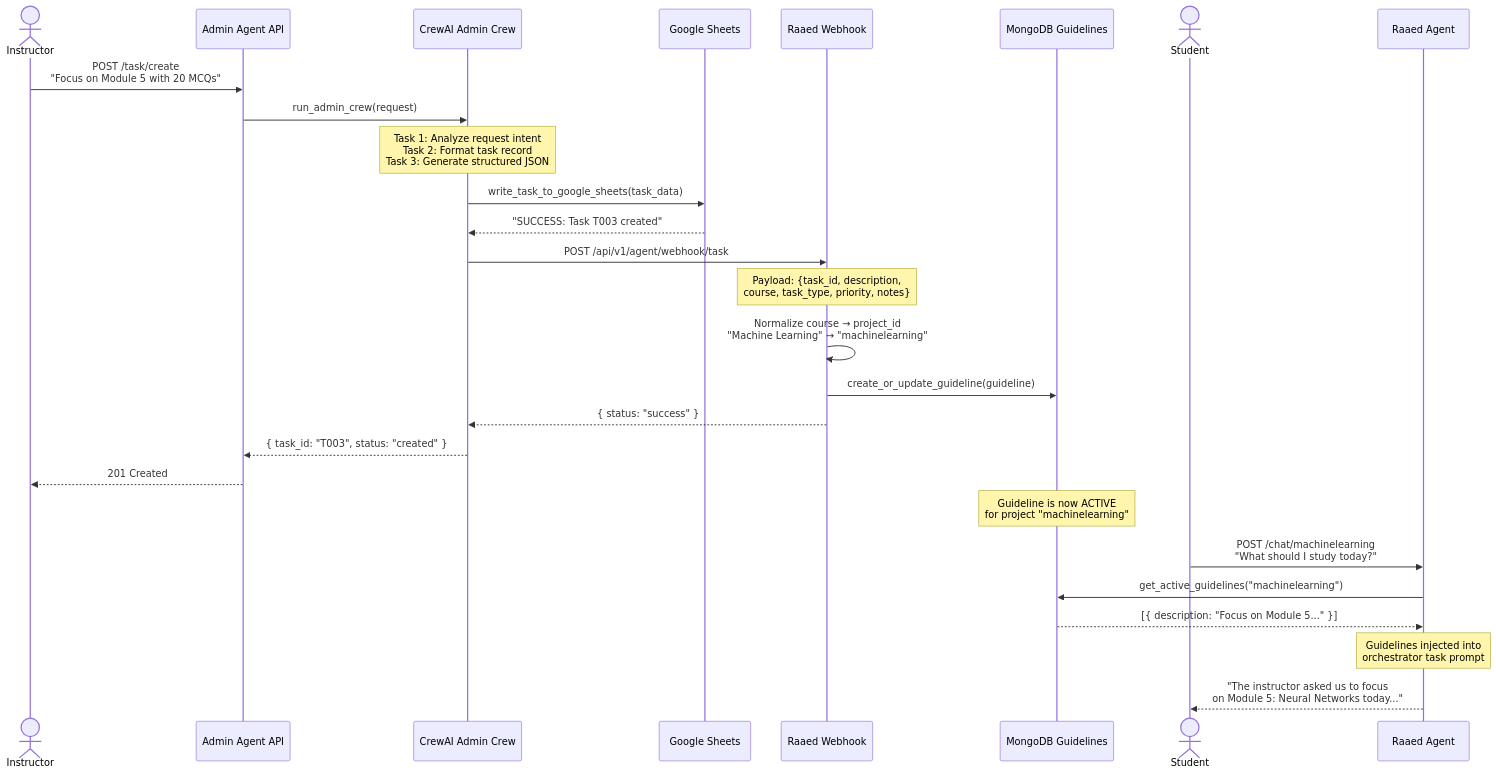
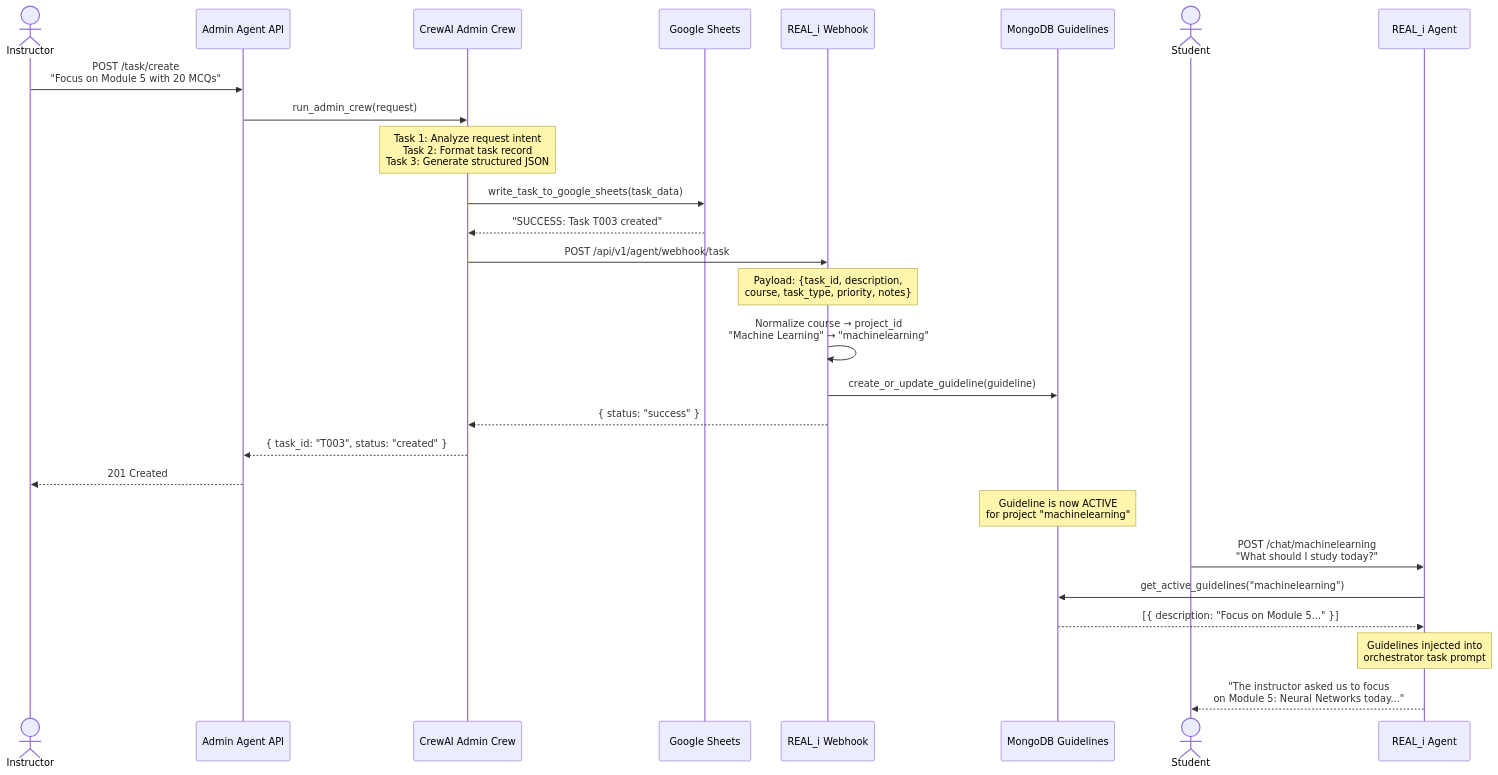
The eighth of 11 diagrams in docs/SYSTEM_DOCUMENTATION.md (Gohar-Hany/real-i-ai-engine), drawn with Mermaid before and after one commit. The commit also changed other lines of this file and 100 other files, not shown here.

````diff
--- a/docs/SYSTEM_DOCUMENTATION.md
+++ b/docs/SYSTEM_DOCUMENTATION.md
@@ -388,40 +388,40 @@
 ```mermaid
 sequenceDiagram
     actor Instructor
     participant ADMIN as Admin Agent API
     participant CREW as CrewAI Admin Crew
     participant GS as Google Sheets
-    participant WH as Raaed Webhook
+    participant WH as REAL_i Webhook
     participant DB as MongoDB Guidelines
     actor Student
-    participant RAAED as Raaed Agent
+    participant REAL_i as REAL_i Agent
 
     Instructor->>ADMIN: POST /task/create<br/>"Focus on Module 5 with 20 MCQs"
 
     ADMIN->>CREW: run_admin_crew(request)
 
     Note over CREW: Task 1: Analyze request intent<br/>Task 2: Format task record<br/>Task 3: Generate structured JSON
 
     CREW->>GS: write_task_to_google_sheets(task_data)
     GS-->>CREW: "SUCCESS: Task T003 created"
 
     CREW->>WH: POST /api/v1/agent/webhook/task
     Note over WH: Payload: {task_id, description,<br/>course, task_type, priority, notes}
 
     WH->>WH: Normalize course → project_id<br/>"Machine Learning" → "machinelearning"
     WH->>DB: create_or_update_guideline(guideline)
     WH-->>CREW: { status: "success" }
 
     CREW-->>ADMIN: { task_id: "T003", status: "created" }
     ADMIN-->>Instructor: 201 Created
 
     Note over DB: Guideline is now ACTIVE<br/>for project "machinelearning"
 
-    Student->>RAAED: POST /chat/machinelearning<br/>"What should I study today?"
-    RAAED->>DB: get_active_guidelines("machinelearning")
-    DB-->>RAAED: [{ description: "Focus on Module 5..." }]
+    Student->>REAL_i: POST /chat/machinelearning<br/>"What should I study today?"
+    REAL_i->>DB: get_active_guidelines("machinelearning")
+    DB-->>REAL_i: [{ description: "Focus on Module 5..." }]
 
-    Note over RAAED: Guidelines injected into<br/>orchestrator task prompt
+    Note over REAL_i: Guidelines injected into<br/>orchestrator task prompt
 
-    RAAED-->>Student: "The instructor asked us to focus<br/>on Module 5: Neural Networks today..."
+    REAL_i-->>Student: "The instructor asked us to focus<br/>on Module 5: Neural Networks today..."
 ```
````
